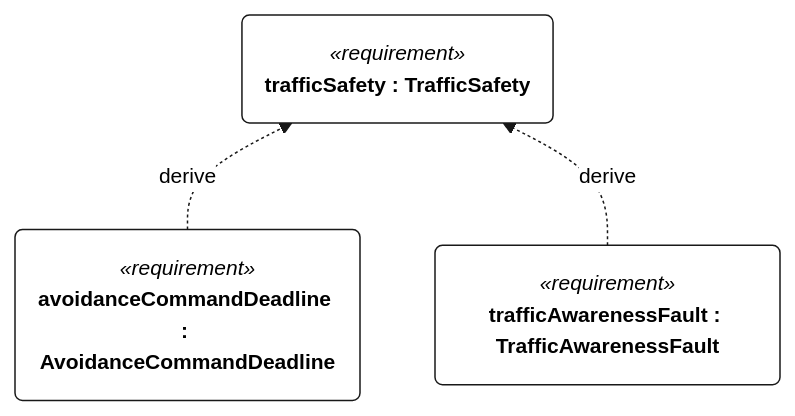
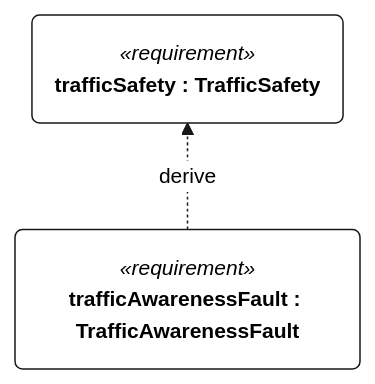
Before and after one commit to DavidIngraham/sv-blue-dog: the second of 2 diagrams in docs/figures/requirements-s-001.md, drawn with Mermaid. The commit also changed other lines of this file and 130 other files, not shown here.

````diff
--- a/docs/figures/requirements-s-001.md
+++ b/docs/figures/requirements-s-001.md
@@ -69,39 +67,35 @@
 ```mermaid
 ---
 config:
   fontFamily: "Helvetica, Arial, sans-serif"
   theme: base
   themeCSS: ".edgeLabel rect { opacity: 1 !important; } .cluster-label .nodeLabel { text-align: center; }"
   themeVariables:
     fontFamily: "Helvetica, Arial, sans-serif"
     fontSize: "14px"
     primaryColor: "#FFFFFF"
     secondaryColor: "#FFFFFF"
     tertiaryColor: "#FFFFFF"
     background: "#FFFFFF"
     primaryBorderColor: "#181818"
     primaryTextColor: "#000000"
     lineColor: "#181818"
     textColor: "#000000"
     noteBkgColor: "#FEFFDD"
     noteBorderColor: "#181818"
     noteTextColor: "#000000"
     clusterBkg: "#FFFFFF"
     clusterBorder: "#181818"
     edgeLabelBackground: "#FFFFFF"
 ---
 %% BlueDogViews::trafficSafety2 — requirement rendering (view def GeneralView, filter @RequirementUsage)
-%% not represented: 112 node(s) without a position, left undrawn, and 130 edge(s) at them
+%% not represented: 60 node(s) without a position, left undrawn, and 66 edge(s) at them
 %% layout: n0 x=0 y=0
 %% layout: n1 x=0 y=200
-%% layout: n2 x=300 y=200
 flowchart BT
   n0("`*«requirement»*
 **trafficSafety : TrafficSafety**`")
   n1("`*«requirement»*
-**avoidanceCommandDeadline : AvoidanceCommandDeadline**`")
-  n2("`*«requirement»*
 **trafficAwarenessFault : TrafficAwarenessFault**`")
   n1 -.->|"derive"| n0
-  n2 -.->|"derive"| n0
 ```
````
